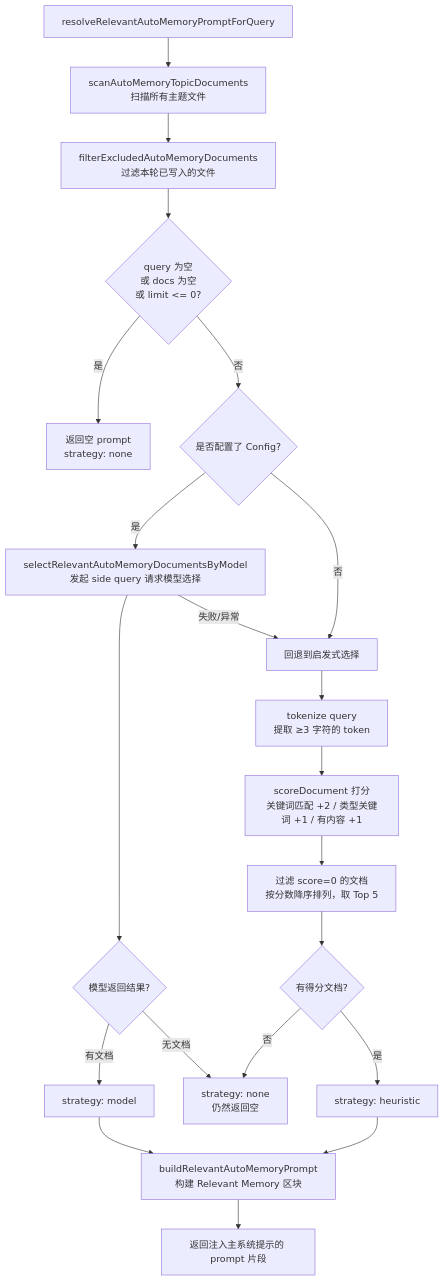
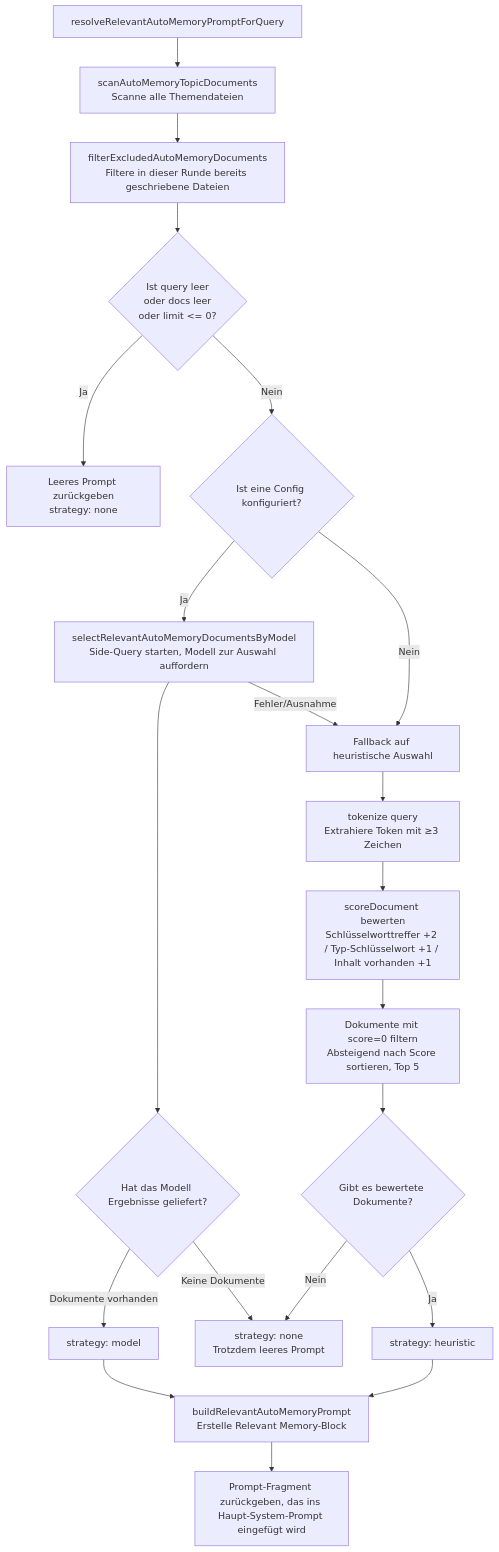
One commit to QwenLM/qwen-code-docs changed the sixth of 7 diagrams in website/content/de/design/auto-memory/memory-system.md. Above: the diagram before and after it, drawn with Mermaid. The commit also changed other lines of this file and 1077 other files, not shown here.

````diff
--- a/website/content/de/design/auto-memory/memory-system.md
+++ b/website/content/de/design/auto-memory/memory-system.md
@@ -340,23 +346,23 @@
 ```mermaid
 flowchart TD
-    A[resolveRelevantAutoMemoryPromptForQuery] --> B[scanAutoMemoryTopicDocuments\n扫描所有主题文件]
-    B --> C[filterExcludedAutoMemoryDocuments\n过滤本轮已写入的文件]
-    C --> D{query 为空\n或 docs 为空\n或 limit <= 0?}
-    D -- 是 --> E[返回空 prompt\nstrategy: none]
-    D -- 否 --> F{是否配置了 Config?}
-    F -- 是 --> G[selectRelevantAutoMemoryDocumentsByModel\n发起 side query 请求模型选择]
-    G --> H{模型返回结果?}
-    H -- 有文档 --> I[strategy: model]
-    H -- 无文档 --> J[strategy: none\n仍然返回空]
-    G -- "失败/异常" --> K[回退到启发式选择]
-    F -- 否 --> K
-    K --> L[tokenize query\n提取 ≥3 字符的 token]
-    L --> M[scoreDocument 打分\n关键词匹配 +2 / 类型关键词 +1 / 有内容 +1]
-    M --> N[过滤 score=0 的文档\n按分数降序排列，取 Top 5]
-    N --> O{有得分文档?}
-    O -- 是 --> P[strategy: heuristic]
-    O -- 否 --> J
-    I --> Q[buildRelevantAutoMemoryPrompt\n构建 Relevant Memory 区块]
+    A[resolveRelevantAutoMemoryPromptForQuery] --> B[scanAutoMemoryTopicDocuments\nScanne alle Themendateien]
+    B --> C[filterExcludedAutoMemoryDocuments\nFiltere in dieser Runde bereits geschriebene Dateien]
+    C --> D{Ist query leer\noder docs leer\noder limit <= 0?}
+    D -- Ja --> E[Leeres Prompt zurückgeben\nstrategy: none]
+    D -- Nein --> F{Ist eine Config konfiguriert?}
+    F -- Ja --> G[selectRelevantAutoMemoryDocumentsByModel\nSide-Query starten, Modell zur Auswahl auffordern]
+    G --> H{Hat das Modell Ergebnisse geliefert?}
+    H -- Dokumente vorhanden --> I[strategy: model]
+    H -- Keine Dokumente --> J[strategy: none\nTrotzdem leeres Prompt]
+    G -- "Fehler/Ausnahme" --> K[Fallback auf heuristische Auswahl]
+    F -- Nein --> K
+    K --> L[tokenize query\nExtrahiere Token mit ≥3 Zeichen]
+    L --> M[scoreDocument bewerten\nSchlüsselworttreffer +2 / Typ-Schlüsselwort +1 / Inhalt vorhanden +1]
+    M --> N[Dokumente mit score=0 filtern\nAbsteigend nach Score sortieren, Top 5]
+    N --> O{Gibt es bewertete Dokumente?}
+    O -- Ja --> P[strategy: heuristic]
+    O -- Nein --> J
+    I --> Q[buildRelevantAutoMemoryPrompt\nErstelle Relevant Memory-Block]
     P --> Q
-    Q --> R[返回注入主系统提示的 prompt 片段]
+    Q --> R[Prompt-Fragment zurückgeben, das ins Haupt-System-Prompt eingefügt wird]
 ```
````
